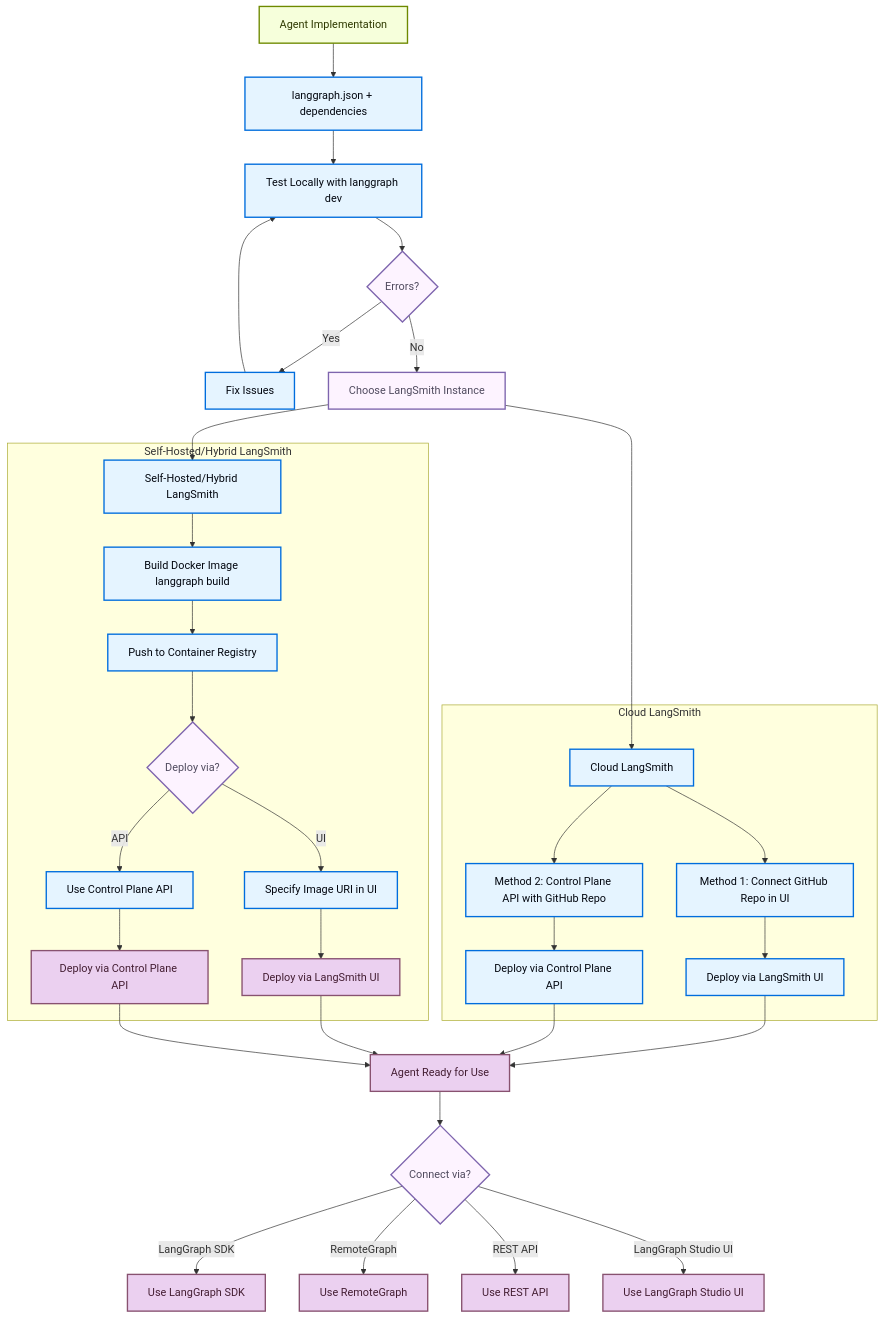
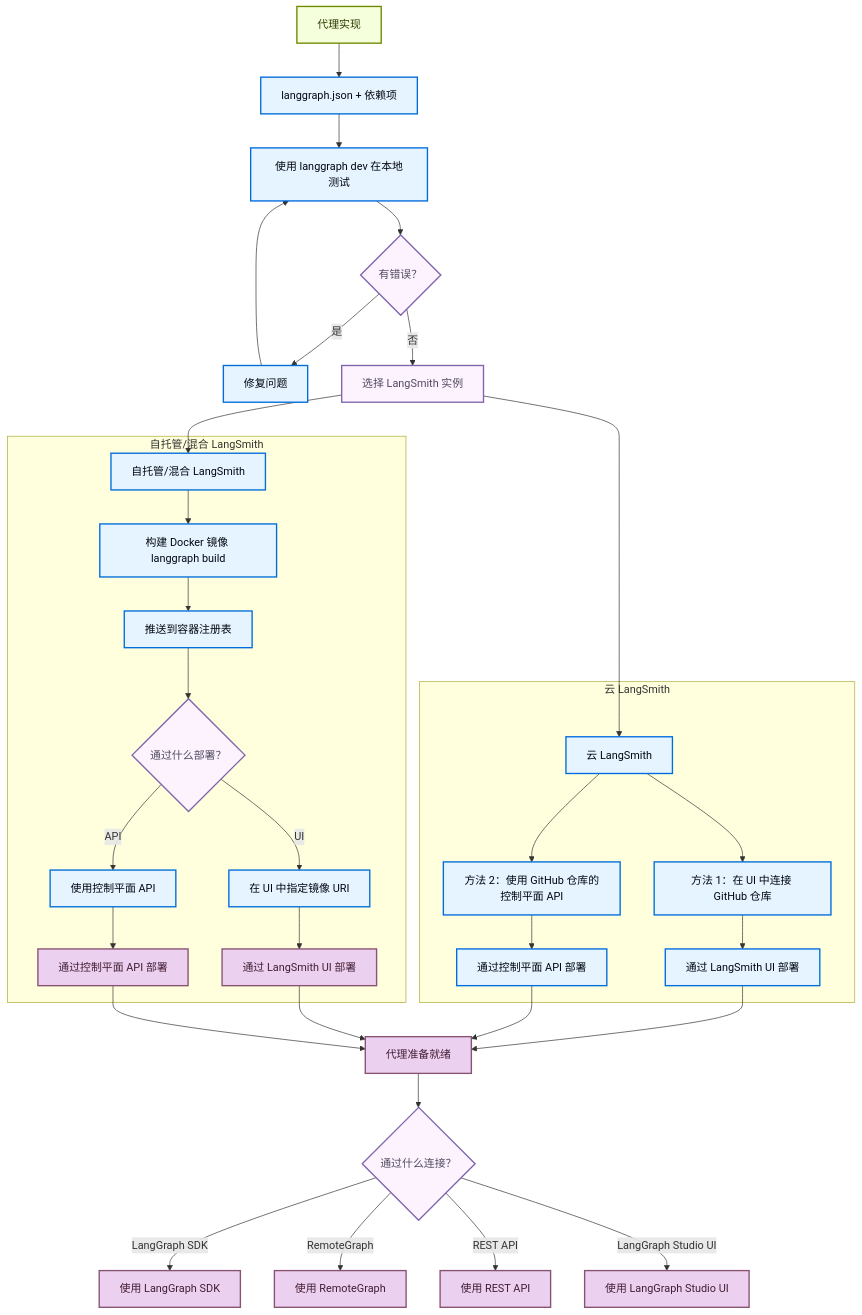
The second of 2 diagrams in langsmith/cicd-pipeline-example.mdx (kunfan96/cndocs-langchain), drawn with Mermaid before and after one commit. The commit also changed other lines of this file and 2498 other files, not shown here.

````diff
--- a/langsmith/cicd-pipeline-example.mdx
+++ b/langsmith/cicd-pipeline-example.mdx
@@ -156,56 +156,56 @@
 ```mermaid actions={false}
 graph TD
-    A[Agent Implementation] --> B[langgraph.json + dependencies]
-    B --> C[Test Locally with langgraph dev]
-    C --> D{Errors?}
-    D -->|Yes| E[Fix Issues]
+    A[代理实现] --> B[langgraph.json + 依赖项]
+    B --> C[使用 langgraph dev 在本地测试]
+    C --> D{有错误？}
+    D -->|是| E[修复问题]
     E --> C
-    D -->|No| F[Choose LangSmith Instance]
+    D -->|否| F[选择 LangSmith 实例]
 
-    F --> G[Cloud LangSmith]
-    F --> H[Self-Hosted/Hybrid LangSmith]
+    F --> G[云 LangSmith]
+    F --> H[自托管/混合 LangSmith]
 
-    subgraph "Cloud LangSmith"
-        G --> I[Method 1: Connect GitHub Repo in UI]
-        G --> J[Method 2: Control Plane API with GitHub Repo]
-        I --> K[Deploy via LangSmith UI]
-        J --> L[Deploy via Control Plane API]
+    subgraph "云 LangSmith"
+        G --> I[方法 1：在 UI 中连接 GitHub 仓库]
+        G --> J[方法 2：使用 GitHub 仓库的控制平面 API]
+        I --> K[通过 LangSmith UI 部署]
+        J --> L[通过控制平面 API 部署]
     end
 
-    subgraph "Self-Hosted/Hybrid LangSmith"
-        H --> S[Build Docker Image langgraph build]
-        S --> T[Push to Container Registry]
-        T --> U{Deploy via?}
-        U -->|UI| V[Specify Image URI in UI]
-        U -->|API| W[Use Control Plane API]
-        V --> X[Deploy via LangSmith UI]
-        W --> Y[Deploy via Control Plane API]
+    subgraph "自托管/混合 LangSmith"
+        H --> S[构建 Docker 镜像 langgraph build]
+        S --> T[推送到容器注册表]
+        T --> U{通过什么部署？}
+        U -->|UI| V[在 UI 中指定镜像 URI]
+        U -->|API| W[使用控制平面 API]
+        V --> X[通过 LangSmith UI 部署]
+        W --> Y[通过控制平面 API 部署]
     end
 
-    K --> AA[Agent Ready for Use]
+    K --> AA[代理准备就绪]
     L --> AA
     X --> AA
     Y --> AA
 
-    AA --> BB{Connect via?}
-    BB -->|LangGraph SDK| CC[Use LangGraph SDK]
-    BB -->|RemoteGraph| DD[Use RemoteGraph]
-    BB -->|REST API| EE[Use REST API]
-    BB -->|LangGraph Studio UI| FF[Use LangGraph Studio UI]
+    AA --> BB{通过什么连接？}
+    BB -->|LangGraph SDK| CC[使用 LangGraph SDK]
+    BB -->|RemoteGraph| DD[使用 RemoteGraph]
+    BB -->|REST API| EE[使用 REST API]
+    BB -->|LangGraph Studio UI| FF[使用 LangGraph Studio UI]
 
     classDef trigger fill:#F6FFDB,stroke:#6E8900,stroke-width:2px,color:#2E3900
     classDef process fill:#E5F4FF,stroke:#006DDD,stroke-width:2px,color:#030710
     classDef decision fill:#FDF3FF,stroke:#7E65AE,stroke-width:2px,color:#504B5F
     classDef output fill:#EBD0F0,stroke:#885270,stroke-width:2px,color:#441E33
 
     class A trigger
     class B,C process
     class D,U,BB decision
     class E process
     class F decision
     class G,H process
     class I,J,S,T process
     class K,L,V,W process
     class X,Y,AA output
     class CC,DD,EE,FF output
 ```
````
